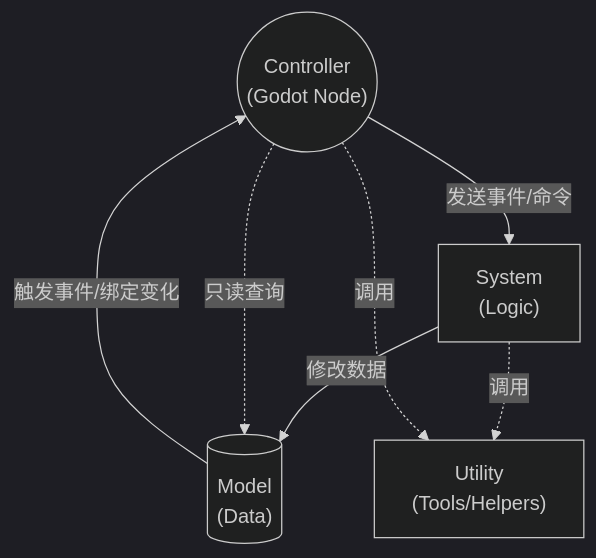
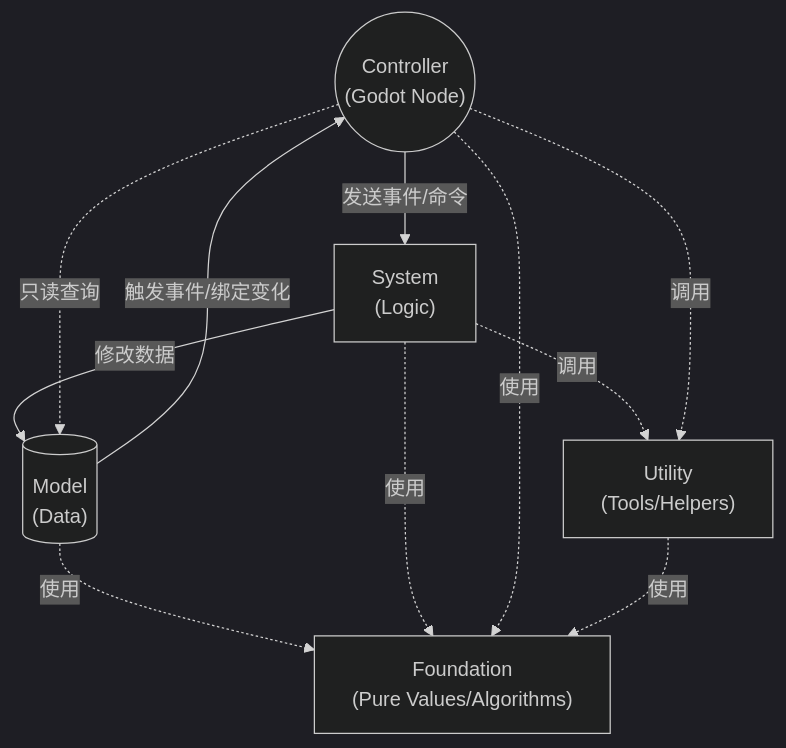
Before and after one commit to C76GN/2048-all-in-one: the diagram in addons/gf/docs/wiki/01. 架构概览 (Architecture).md, drawn with Mermaid (dark theme). The commit also changed other lines of this file and 31 other files, not shown here.

````diff
--- a/addons/gf/docs/wiki/01. 架构概览 (Architecture).md
+++ b/addons/gf/docs/wiki/01. 架构概览 (Architecture).md
@@ -60,19 +74,25 @@
 ```mermaid
 graph TD
 	Controller(("Controller
 	(Godot Node)"))
 	System["System
 	(Logic)"]
 	Model[("Model
 	(Data)")]
+	Foundation["Foundation
+	(Pure Values/Algorithms)"]
 	Utility["Utility
 	(Tools/Helpers)"]
 
 	Controller -- 发送事件/命令 --> System
 	System -- 修改数据 --> Model
 	Model -- 触发事件/绑定变化 --> Controller
 	Controller -. 只读查询 .-> Model
 	
+	Model -. 使用 .-> Foundation
+	System -. 使用 .-> Foundation
+	Controller -. 使用 .-> Foundation
+	Utility -. 使用 .-> Foundation
 	System -. 调用 .-> Utility
 	Controller -. 调用 .-> Utility
 ```
````
